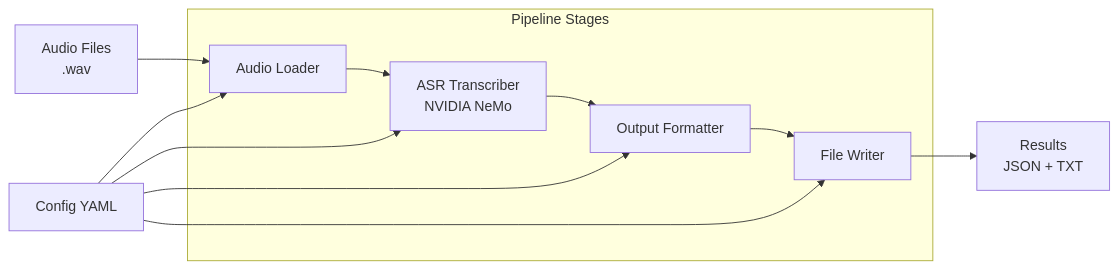
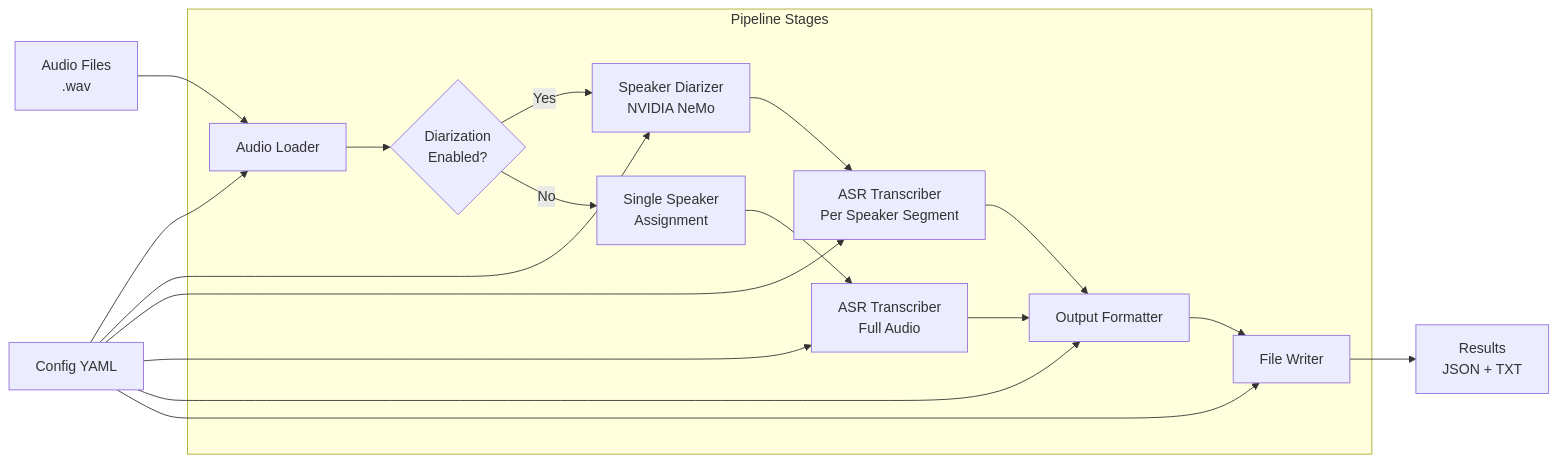
The diagram in IMPLEMENTATION_PLAN.md (alanderex/audio_aigented), drawn with Mermaid before and after one commit. The commit also changed other lines of this file and 10 other files, not shown here.

````diff
--- a/IMPLEMENTATION_PLAN.md
+++ b/IMPLEMENTATION_PLAN.md
@@ -5,20 +5,31 @@
 ```mermaid
 graph LR
     A[Audio Files<br/>.wav] --> B[Audio Loader]
-    B --> C[ASR Transcriber<br/>NVIDIA NeMo]
-    C --> D[Output Formatter]
-    D --> E[File Writer]
-    E --> F[Results<br/>JSON + TXT]
+    B --> C{Diarization<br/>Enabled?}
+    C -->|Yes| D[Speaker Diarizer<br/>NVIDIA NeMo]
+    C -->|No| E[Single Speaker<br/>Assignment]
+    D --> F[ASR Transcriber<br/>Per Speaker Segment]
+    E --> G[ASR Transcriber<br/>Full Audio]
+    F --> H[Output Formatter]
+    G --> H
+    H --> I[File Writer]
+    I --> J[Results<br/>JSON + TXT]
     
-    G[Config YAML] --> B
-    G --> C
-    G --> D
-    G --> E
+    K[Config YAML] --> B
+    K --> D
+    K --> F
+    K --> G
+    K --> H
+    K --> I
     
     subgraph "Pipeline Stages"
         B
         C
         D
         E
+        F
+        G
+        H
+        I
     end
 ```
````
